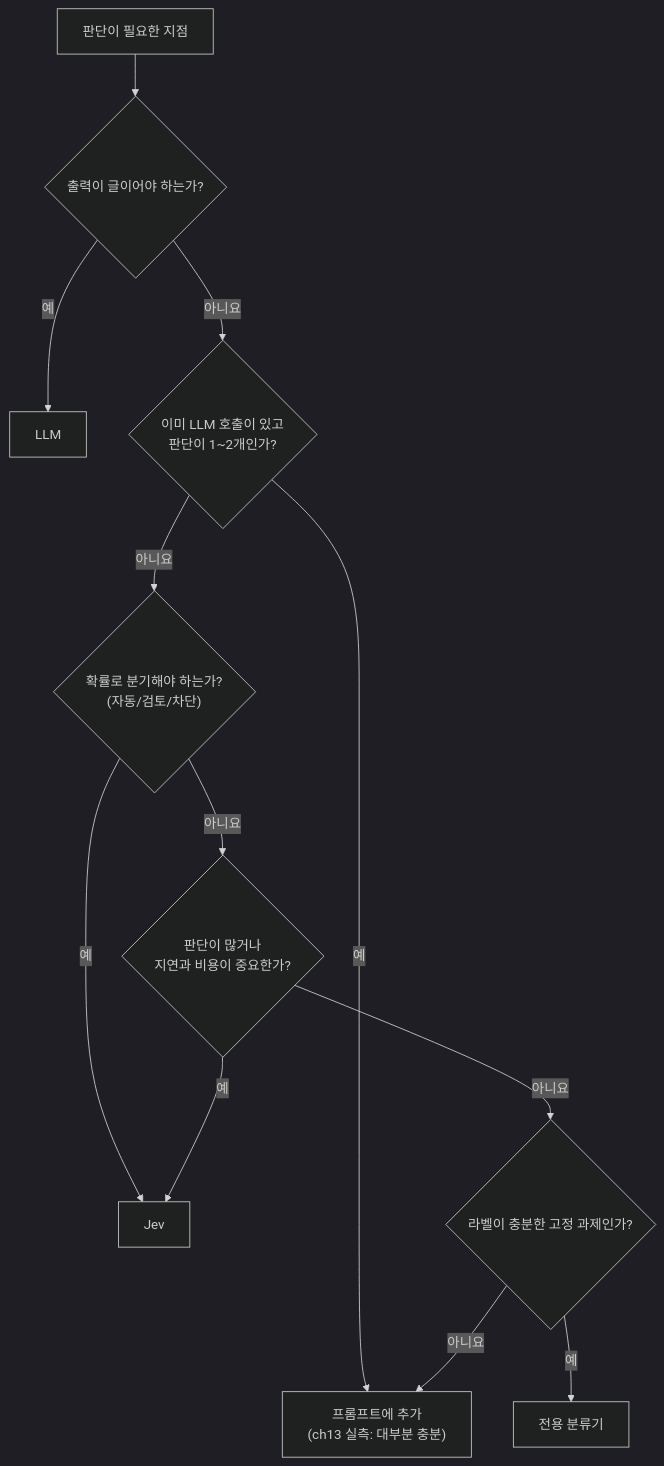
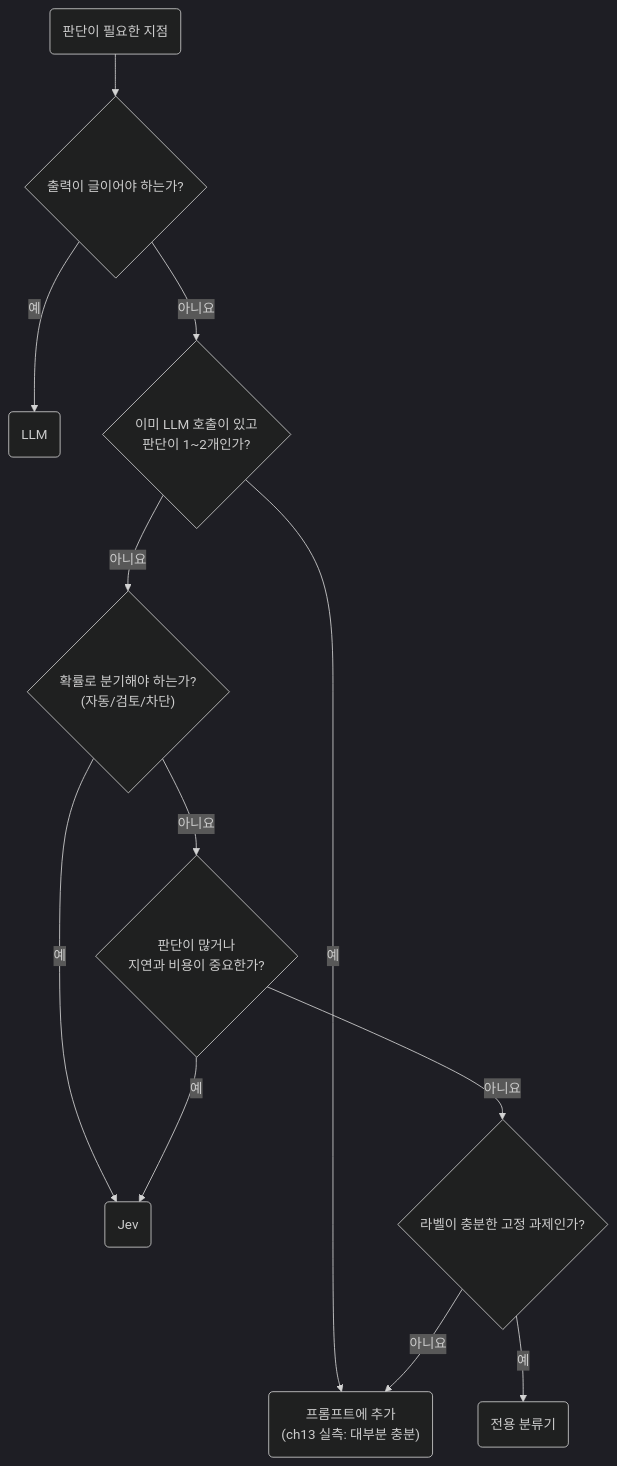
The first of 2 diagrams in docs/trends/posts/2026-10-18-jev-limits.md (seujung/ai-research), drawn with Mermaid (dark theme) before and after one commit. The commit also changed other lines of this file and 176 other files, not shown here.

````diff
--- a/docs/trends/posts/2026-10-18-jev-limits.md
+++ b/docs/trends/posts/2026-10-18-jev-limits.md
@@ -122,14 +122,14 @@
 ```mermaid
 flowchart TD
-    START["판단이 필요한 지점"] --> Q1{"출력이 글이어야 하는가?"}
-    Q1 -- 예 --> LLM["LLM"]
+    START("판단이 필요한 지점") --> Q1{"출력이 글이어야 하는가?"}
+    Q1 -- 예 --> LLM("LLM")
     Q1 -- 아니요 --> Q2{"이미 LLM 호출이 있고<br/>판단이 1~2개인가?"}
-    Q2 -- 예 --> PROMPT["프롬프트에 추가<br/>(ch13 실측: 대부분 충분)"]
+    Q2 -- 예 --> PROMPT("프롬프트에 추가<br/>(ch13 실측: 대부분 충분)")
     Q2 -- 아니요 --> Q3{"확률로 분기해야 하는가?<br/>(자동/검토/차단)"}
-    Q3 -- 예 --> JEV["Jev"]
+    Q3 -- 예 --> JEV("Jev")
     Q3 -- 아니요 --> Q4{"판단이 많거나<br/>지연과 비용이 중요한가?"}
     Q4 -- 예 --> JEV
     Q4 -- 아니요 --> Q5{"라벨이 충분한 고정 과제인가?"}
-    Q5 -- 예 --> CLF["전용 분류기"]
+    Q5 -- 예 --> CLF("전용 분류기")
     Q5 -- 아니요 --> PROMPT
 ```
````
